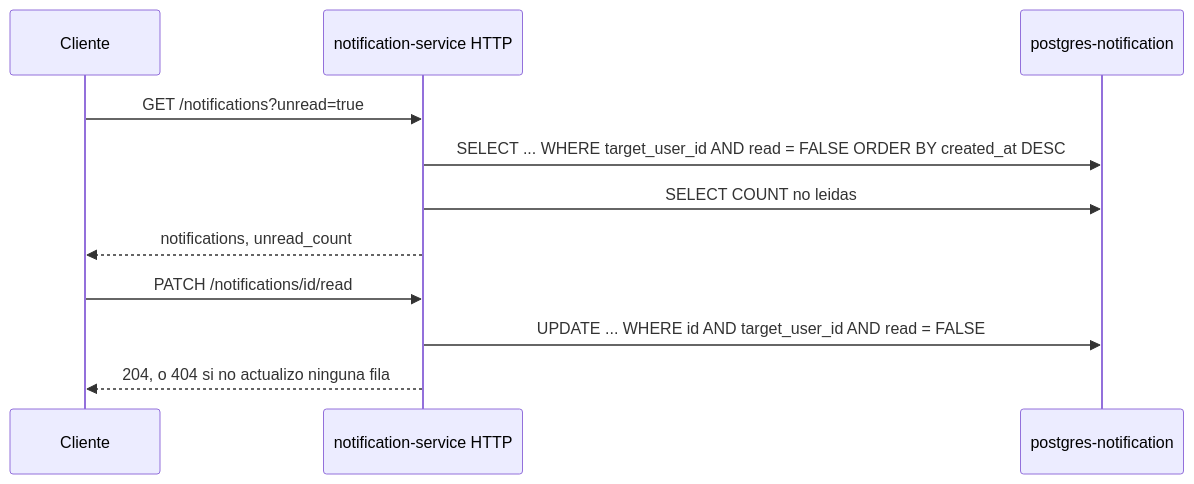
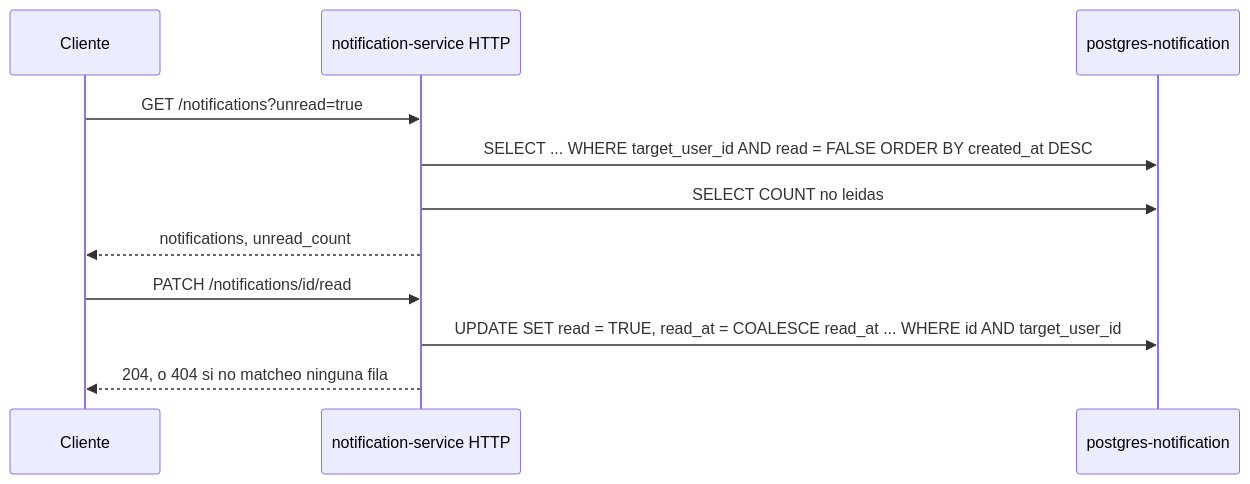
One commit to juantevez/go-feed changed the third of 3 diagrams in docs/technical/NOTIFICATION.md. Above: the diagram before and after it, drawn with Mermaid. The commit also changed other lines of this file and 2 other files, not shown here.

````diff
--- a/docs/technical/NOTIFICATION.md
+++ b/docs/technical/NOTIFICATION.md
@@ -287,14 +349,14 @@
 ```mermaid
 sequenceDiagram
     participant C as Cliente
     participant H as notification-service HTTP
     participant DB as postgres-notification
 
     C->>H: GET /notifications?unread=true
     H->>DB: SELECT ... WHERE target_user_id AND read = FALSE ORDER BY created_at DESC
     H->>DB: SELECT COUNT no leidas
     H-->>C: notifications, unread_count
     C->>H: PATCH /notifications/id/read
-    H->>DB: UPDATE ... WHERE id AND target_user_id AND read = FALSE
-    H-->>C: 204, o 404 si no actualizo ninguna fila
+    H->>DB: UPDATE SET read = TRUE, read_at = COALESCE read_at ... WHERE id AND target_user_id
+    H-->>C: 204, o 404 si no matcheo ninguna fila
 ```
````
